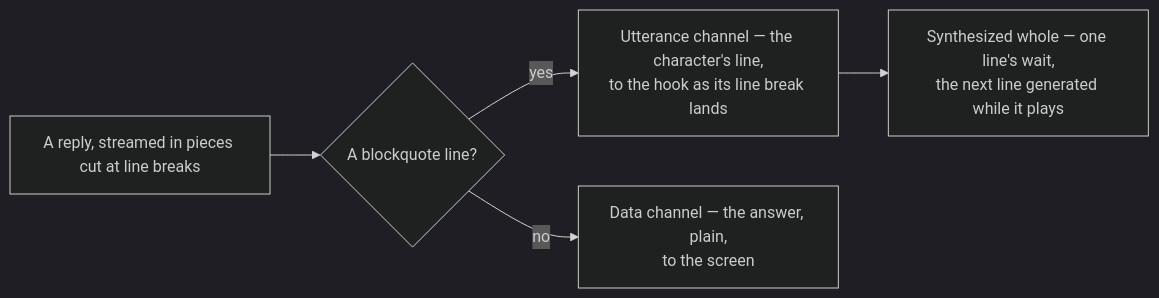
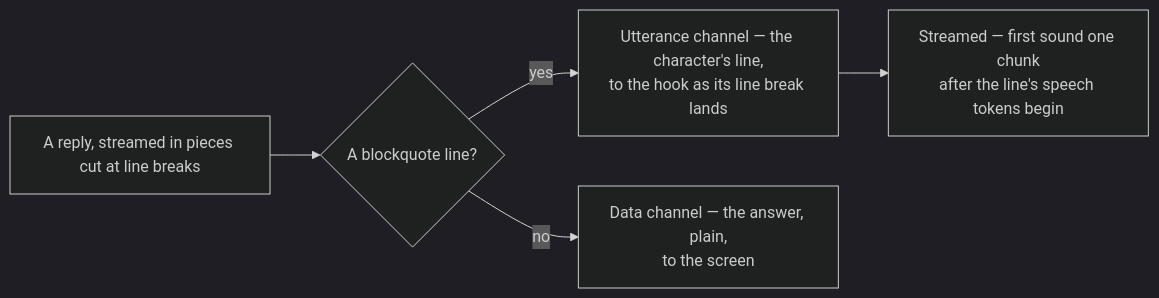
One commit to Esposter/Esposter changed the second of 3 diagrams in apps/web/content/docs/infra/claude-interface/spoken-replies.md. Above: the diagram before and after it, drawn with Mermaid (dark theme). The commit also changed other lines of this file and 3 other files, not shown here.

````diff
--- a/apps/web/content/docs/infra/claude-interface/spoken-replies.md
+++ b/apps/web/content/docs/infra/claude-interface/spoken-replies.md
@@ -51,12 +51,12 @@
 ```mermaid
 flowchart LR
     Reply["A reply, streamed in pieces cut at line breaks"]
     Rule{"A blockquote line?"}
     Spoken["Utterance channel — the character's line,<br/>to the hook as its line break lands"]
     Plain["Data channel — the answer, plain,<br/>to the screen"]
-    Synthesized["Synthesized whole — one line's wait,<br/>the next line generated while it plays"]
+    Synthesized["Streamed — first sound one chunk<br/>after the line's speech tokens begin"]
 
     Reply --> Rule
     Rule -- yes --> Spoken --> Synthesized
     Rule -- no --> Plain
 ```
````
